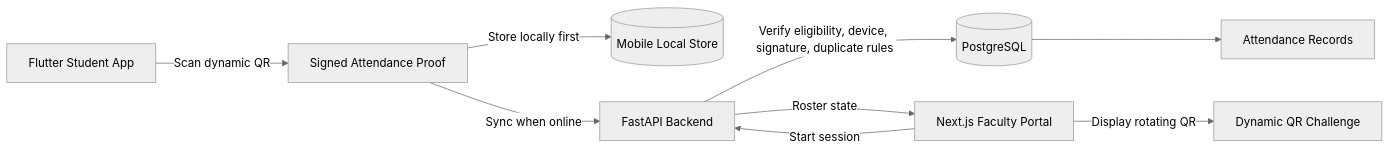
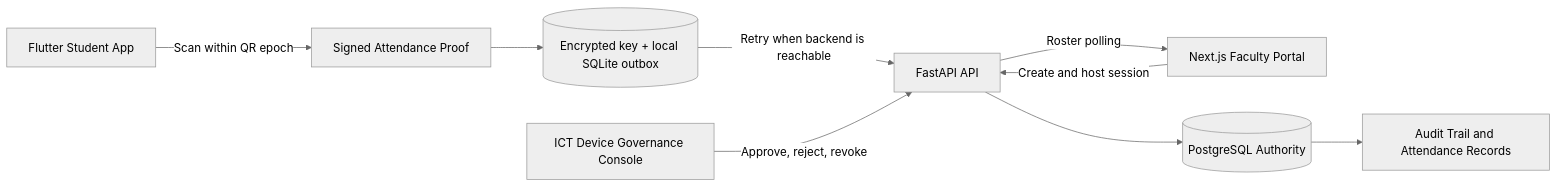
The first of 3 diagrams in README.md (InsaneCoder789/offlineqr-attendance), drawn with Mermaid (neutral theme) before and after one commit. The commit also changed other lines of this file and 1 other file, not shown here.

````diff
--- a/README.md
+++ b/README.md
@@ -35,11 +40,11 @@
 ```mermaid
 flowchart LR
-    Student[Flutter Student App] -->|Scan dynamic QR| Proof[Signed Attendance Proof]
-    Proof -->|Store locally first| LocalDB[(Mobile Local Store)]
-    Proof -->|Sync when online| Backend[FastAPI Backend]
-    Faculty[Next.js Faculty Portal] -->|Start session| Backend
-    Faculty -->|Display rotating QR| QR[Dynamic QR Challenge]
-    Backend -->|Verify eligibility, device, signature, duplicate rules| DB[(PostgreSQL)]
-    Backend -->|Roster state| Faculty
-    DB --> Reports[Attendance Records]
+    Student[Flutter Student App] -->|Scan within QR epoch| Proof[Signed Attendance Proof]
+    Proof --> Local[(Encrypted key + local SQLite outbox)]
+    Local -->|Retry when backend is reachable| API[FastAPI API]
+    Faculty[Next.js Faculty Portal] -->|Create and host session| API
+    API --> DB[(PostgreSQL Authority)]
+    API -->|Roster polling| Faculty
+    ICT[ICT Device Governance Console] -->|Approve, reject, revoke| API
+    DB --> Audit[Audit Trail and Attendance Records]
 ```
````
